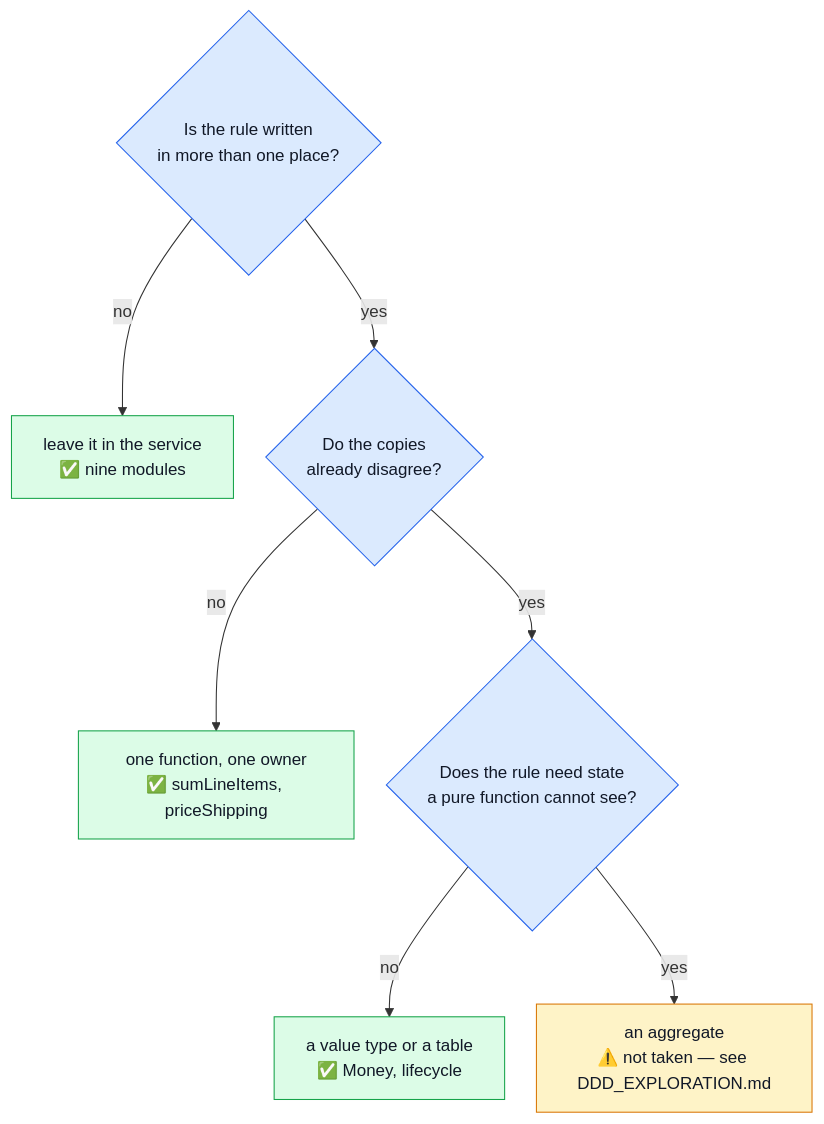
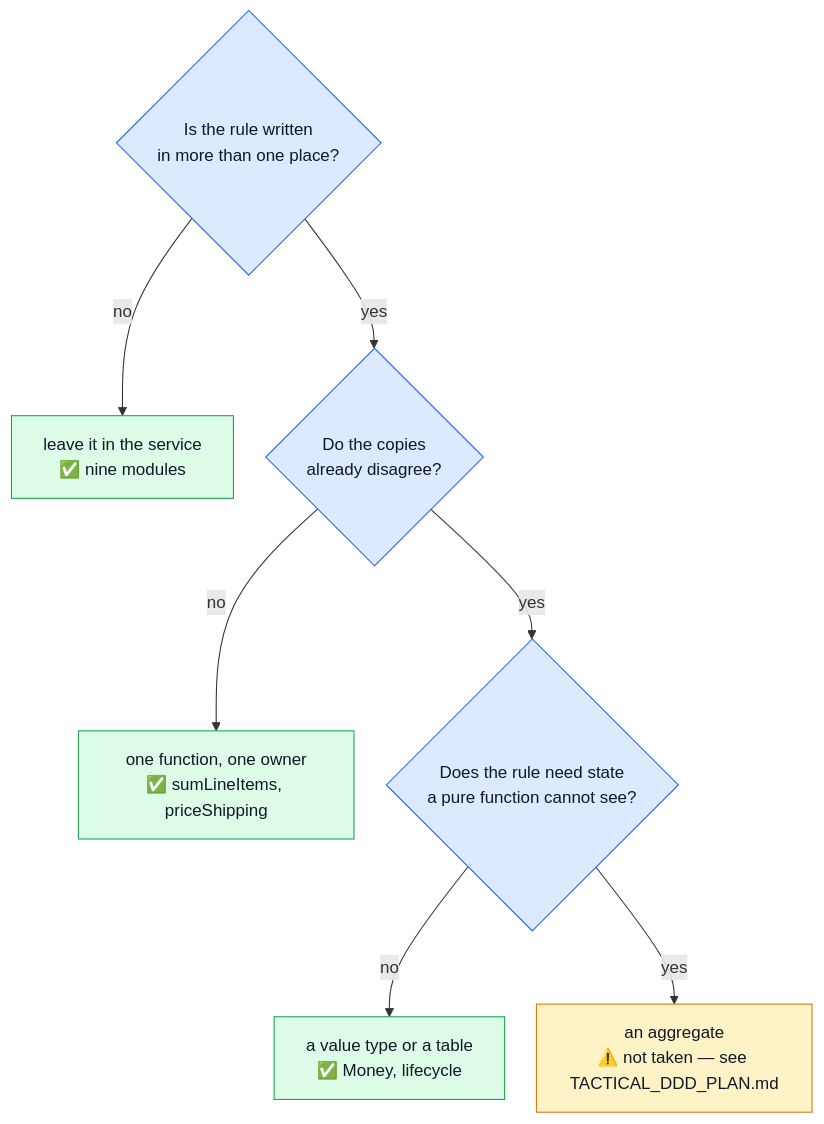
The first of 8 diagrams in docs/theory/tactical-ddd.md (Guebbit/boilerplate-node-backend), drawn with Mermaid before and after one commit. The commit also changed other lines of this file and 4 other files, not shown here.

````diff
--- a/docs/theory/tactical-ddd.md
+++ b/docs/theory/tactical-ddd.md
@@ -18,18 +18,18 @@
 ```mermaid
 %%{init: {'flowchart': {'nodeSpacing': 30, 'rankSpacing': 45}}}%%
 flowchart TD
     Q1{"Is the rule written<br/>in more than one place?"}
     Q1 -->|no| KEEP["leave it in the service<br/>✅ nine modules"]
     Q1 -->|yes| Q2{"Do the copies<br/>already disagree?"}
     Q2 -->|no| WATCH["one function, one owner<br/>✅ sumLineItems, priceShipping"]
     Q2 -->|yes| Q3{"Does the rule need state<br/>a pure function cannot see?"}
     Q3 -->|no| TABLE["a value type or a table<br/>✅ Money, lifecycle"]
-    Q3 -->|yes| AGG["an aggregate<br/>⚠️ not taken — see DDD_EXPLORATION.md"]
+    Q3 -->|yes| AGG["an aggregate<br/>⚠️ not taken — see TACTICAL_DDD_PLAN.md"]
 
     classDef ask fill:#dbeafe,stroke:#2563eb,color:#111827;
     classDef cheap fill:#dcfce7,stroke:#16a34a,color:#111827;
     classDef costly fill:#fef3c7,stroke:#d97706,color:#111827;
     class Q1,Q2,Q3 ask;
     class KEEP,WATCH,TABLE cheap;
     class AGG costly;
 ```
````
